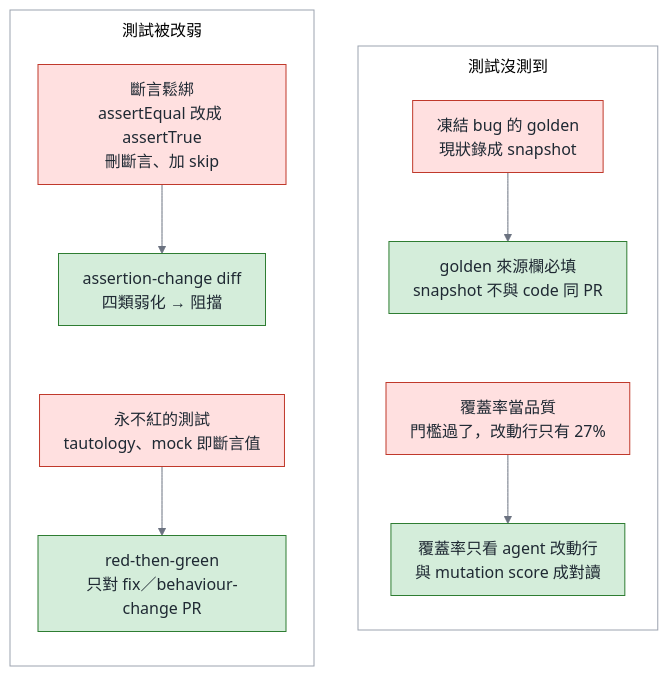
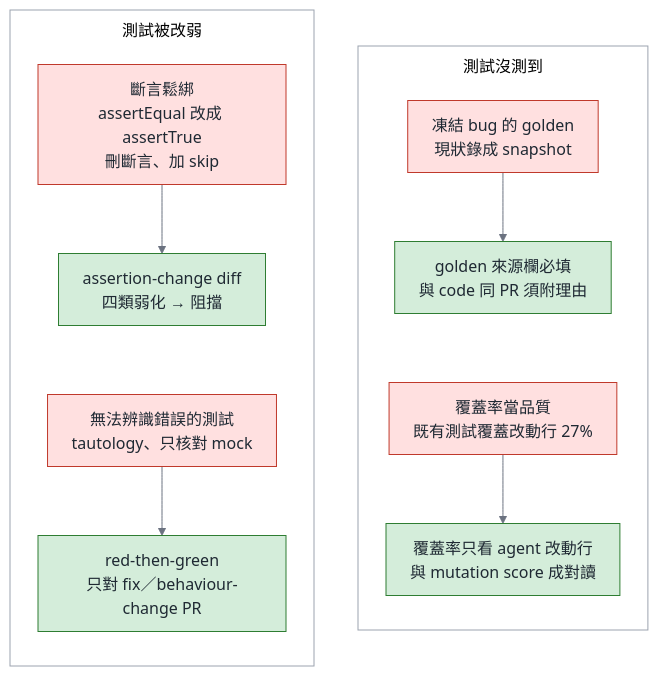
Before and after one commit to fantasybz/medium-articles: the first of 4 diagrams in 2026-10-green-testing/article.md, drawn with Mermaid. The commit also changed other lines of this file and 93 other files, not shown here.

````diff
--- a/2026-10-green-testing/article.md
+++ b/2026-10-green-testing/article.md
@@ -66,46 +66,46 @@
 ```mermaid
 ---
 config:
   theme: base
   themeVariables:
     fontSize: 16px
     primaryColor: "#f8f9fa"
     primaryTextColor: "#1f2933"
     primaryBorderColor: "#6b7280"
     lineColor: "#6b7280"
     secondaryColor: "#f8f9fa"
     tertiaryColor: "#ffffff"
     clusterBkg: "#ffffff"
     clusterBorder: "#9ca3af"
     edgeLabelBackground: "#ffffff"
   flowchart:
     nodeSpacing: 36
     rankSpacing: 44
     padding: 12
     htmlLabels: true
     subGraphTitleMargin:
       top: 8
       bottom: 12
     curve: basis
 ---
 flowchart LR
     classDef own fill:#d4edda,stroke:#2e7d32,color:#1f2933
     classDef buy fill:#fff3cd,stroke:#b8860b,color:#1f2933
     classDef bad fill:#ffe0e0,stroke:#c0392b,color:#1f2933
     classDef human fill:#e3f2fd,stroke:#1565c0,color:#1f2933
     subgraph a["測試被改弱"]
         direction TB
         A1["斷言鬆綁<br/>assertEqual 改成 assertTrue<br/>刪斷言、加 skip"] --> C1["assertion-change diff<br/>四類弱化 → 阻擋"]
-        C1 ~~~ A2["永不紅的測試<br/>tautology、mock 即斷言值"]
+        C1 ~~~ A2["無法辨識錯誤的測試<br/>tautology、只核對 mock"]
         A2 --> C2["red-then-green<br/>只對 fix／behaviour-change PR"]
     end
     subgraph b["測試沒測到"]
         direction TB
-        B1["凍結 bug 的 golden<br/>現狀錄成 snapshot"] --> D1["golden 來源欄必填<br/>snapshot 不與 code 同 PR"]
-        D1 ~~~ B2["覆蓋率當品質<br/>門檻過了，改動行只有 27%"]
+        B1["凍結 bug 的 golden<br/>現狀錄成 snapshot"] --> D1["golden 來源欄必填<br/>與 code 同 PR 須附理由"]
+        D1 ~~~ B2["覆蓋率當品質<br/>既有測試覆蓋改動行 27%"]
         B2 --> D2["覆蓋率只看 agent 改動行<br/>與 mutation score 成對讀"]
     end
     a ~~~ b
     class A1,A2,B1,B2 bad
     class C1,C2,D1,D2 own
 ```
````
